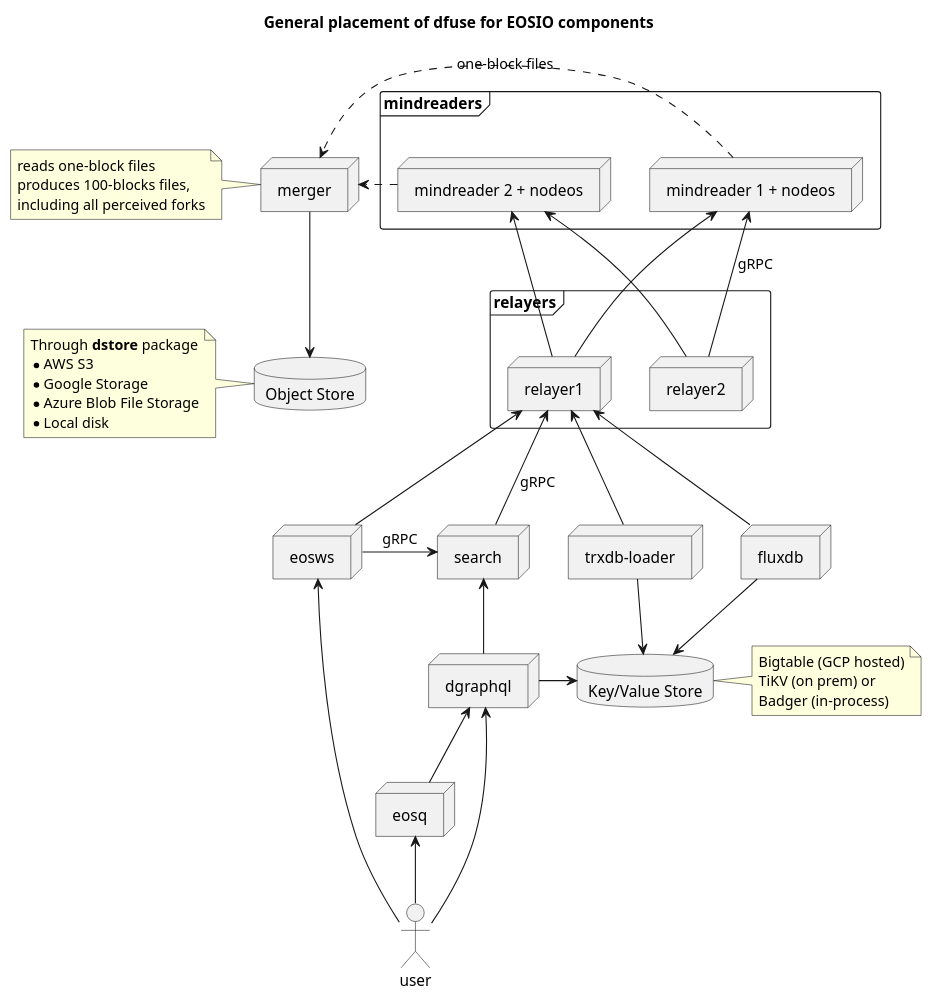
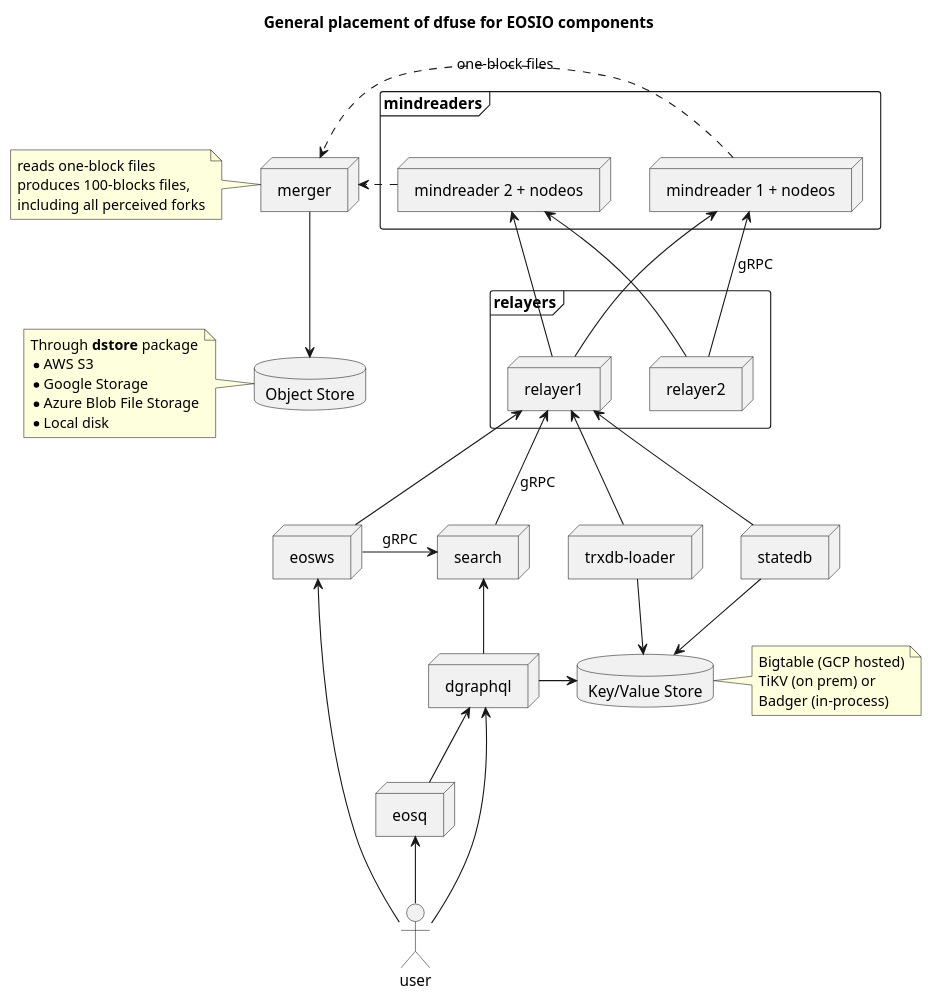
The diagram in docs/general_architecture.plantuml (dfuse-io/dfuse-eosio), drawn with PlantUML before and after one commit. The commit also changed 193 other files, not shown here.

```diff
--- a/docs/general_architecture.plantuml
+++ b/docs/general_architecture.plantuml
@@ -1,76 +1,76 @@
 @startuml
 
 title General placement of dfuse for EOSIO components
 
 frame mindreaders {
   node "mindreader 1 + nodeos" as mindreader1
   node "mindreader 2 + nodeos" as mindreader2
 }
 
 frame relayers {
   node relayer1
   node relayer2
 }
 
 node eosq
 node eosws
 node dgraphql
 
 node merger
 note left of merger
   reads one-block files
   produces 100-blocks files,
   including all perceived forks
 end note
 
 node search
 
 node "trxdb-loader" as trxdbLoader
-node fluxdb
+node statedb
 
 database "Key/Value Store" as kvstore
 note right of kvstore
   Bigtable (GCP hosted)
   TiKV (on prem) or
   Badger (in-process)
 end note
 
 mindreader1 <-- relayer1
 mindreader1 <-- relayer2 : gRPC
 mindreader2 <-- relayer1
 mindreader2 <-- relayer2
 
 mindreader1 .> merger : one-block files
 mindreader2 .> merger
 
 database "Object Store" as s3
 merger --> s3
 note left of s3
   Through **dstore** package
   * AWS S3
   * Google Storage
   * Azure Blob File Storage
   * Local disk
 end note
 
 
 dgraphql <-- eosq
 relayer1 <-- eosws
 eosws -> search : gRPC
 relayer1 <-- search : gRPC
 search <-- dgraphql
 dgraphql -> kvstore
 
-relayer1 <-- fluxdb
+relayer1 <-- statedb
 relayer1 <-- trxdbLoader
 
-fluxdb --> kvstore
+statedb --> kvstore
 trxdbLoader --> kvstore
 
 actor user
 
 eosws <-- user
 eosq <-- user
 dgraphql <-- user
 
 @enduml
```
